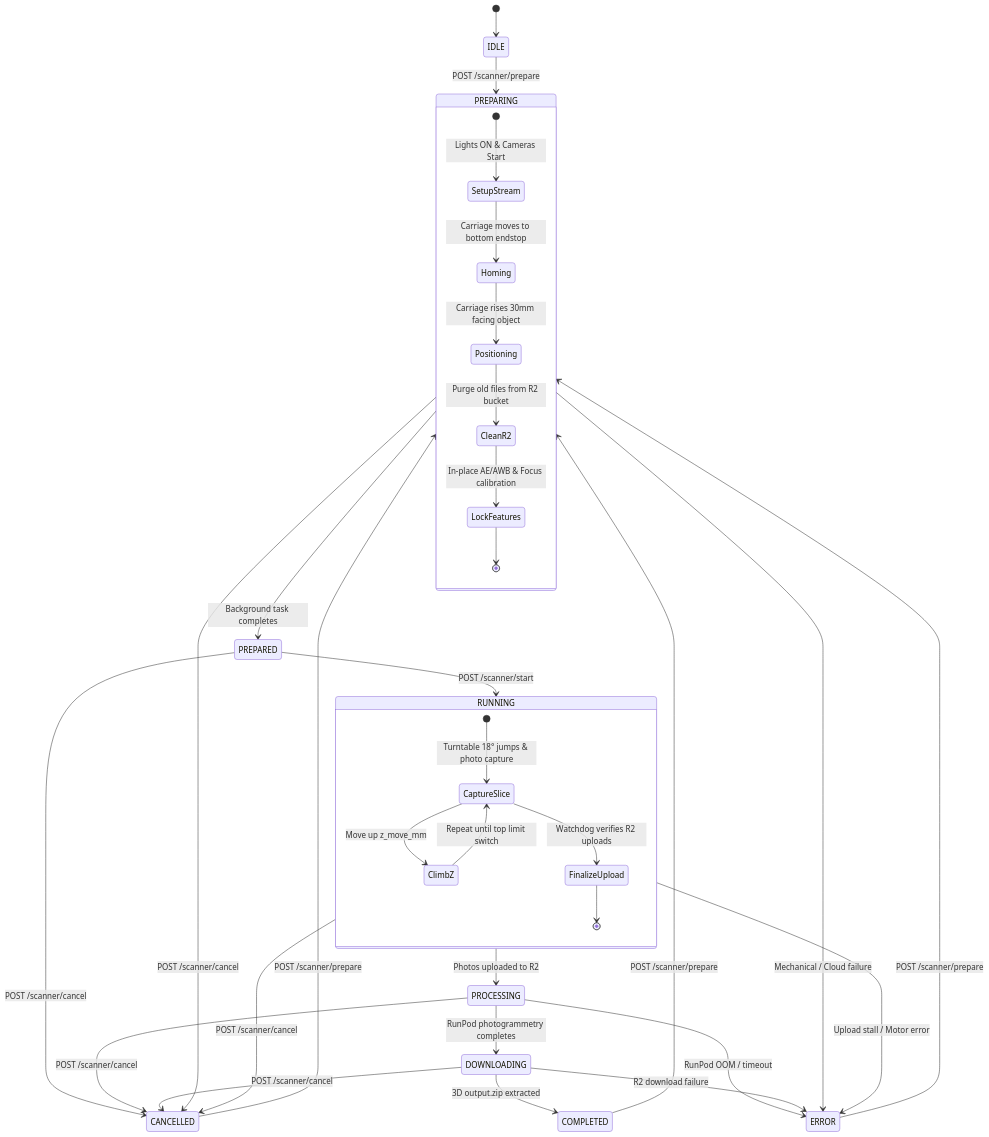
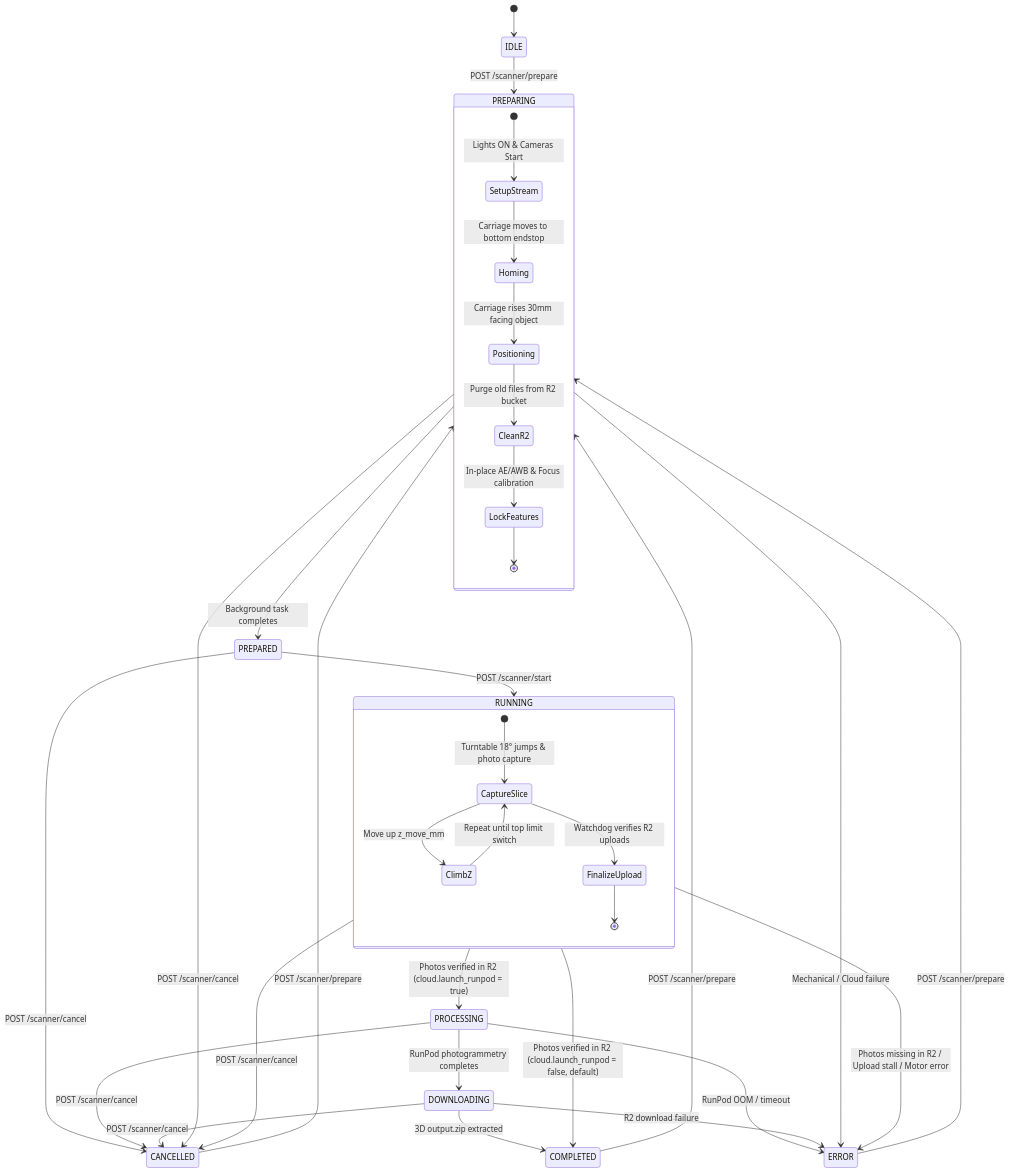
Before and after one commit to AlinC10/3d-scanner-raspberry-pi: the diagram in router/docs/SCANNER_API.md, drawn with Mermaid. The commit also changed other lines of this file and 44 other files, not shown here.

First line of the commit message:
First scan: verified R2 upload, ToF policy, preflight and AE/AWB lock

````diff
--- a/router/docs/SCANNER_API.md
+++ b/router/docs/SCANNER_API.md
@@ -13,43 +13,44 @@
 ```mermaid
 stateDiagram-v2
     [*] --> IDLE
     IDLE --> PREPARING: POST /scanner/prepare
     COMPLETED --> PREPARING: POST /scanner/prepare
     CANCELLED --> PREPARING: POST /scanner/prepare
     ERROR --> PREPARING: POST /scanner/prepare
 
     state PREPARING {
         [*] --> SetupStream: Lights ON & Cameras Start
         SetupStream --> Homing: Carriage moves to bottom endstop
         Homing --> Positioning: Carriage rises 30mm facing object
         Positioning --> CleanR2: Purge old files from R2 bucket
         CleanR2 --> LockFeatures: In-place AE/AWB & Focus calibration
         LockFeatures --> [*]
     }
 
     PREPARING --> PREPARED: Background task completes
     PREPARED --> RUNNING: POST /scanner/start
 
     state RUNNING {
         [*] --> CaptureSlice: Turntable 18° jumps & photo capture
         CaptureSlice --> ClimbZ: Move up z_move_mm
         ClimbZ --> CaptureSlice: Repeat until top limit switch
         CaptureSlice --> FinalizeUpload: Watchdog verifies R2 uploads
         FinalizeUpload --> [*]
     }
 
-    RUNNING --> PROCESSING: Photos uploaded to R2
+    RUNNING --> COMPLETED: Photos verified in R2 (cloud.launch_runpod = false, default)
+    RUNNING --> PROCESSING: Photos verified in R2 (cloud.launch_runpod = true)
     PROCESSING --> DOWNLOADING: RunPod photogrammetry completes
     DOWNLOADING --> COMPLETED: 3D output.zip extracted
 
     PREPARING --> CANCELLED: POST /scanner/cancel
     PREPARED --> CANCELLED: POST /scanner/cancel
     RUNNING --> CANCELLED: POST /scanner/cancel
     PROCESSING --> CANCELLED: POST /scanner/cancel
     DOWNLOADING --> CANCELLED: POST /scanner/cancel
 
     PREPARING --> ERROR: Mechanical / Cloud failure
-    RUNNING --> ERROR: Upload stall / Motor error
+    RUNNING --> ERROR: Photos missing in R2 / Upload stall / Motor error
     PROCESSING --> ERROR: RunPod OOM / timeout
     DOWNLOADING --> ERROR: R2 download failure
 ```
````
